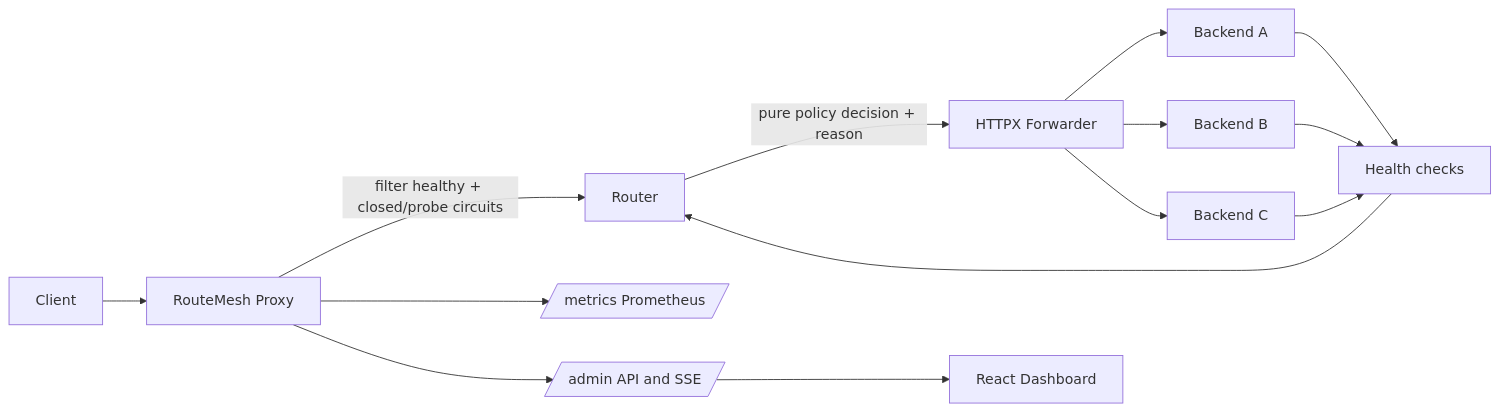
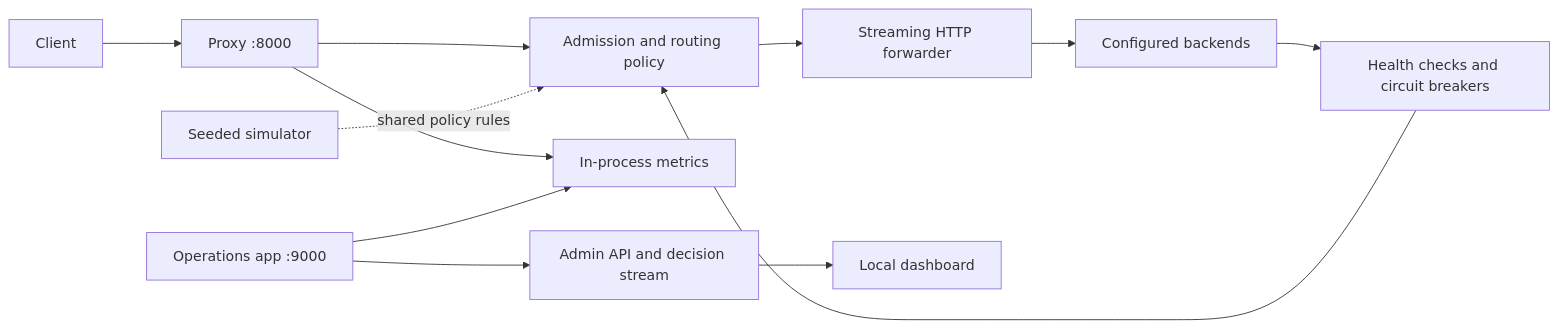
One commit to nihalmachhi/RouteMesh changed the diagram in README.md. Above: the diagram before and after it, drawn with Mermaid. The commit also changed other lines of this file and 91 other files, not shown here.

Commit message:
feat: complete RouteMesh project upgrade

````diff
--- a/README.md
+++ b/README.md
@@ -37,16 +47,14 @@
 ```mermaid
 flowchart LR
-    C[Client] --> P[RouteMesh Proxy]
-    P -->|filter healthy + closed/probe circuits| R[Router]
-    R -->|pure policy decision + reason| F[HTTPX Forwarder]
-    F --> A[Backend A]
-    F --> B[Backend B]
-    F --> D[Backend C]
-    A --> H[Health checks]
-    B --> H
-    D --> H
-    P --> M[/metrics Prometheus/]
-    P --> X[/admin API and SSE/]
-    X --> UI[React Dashboard]
-    H --> R
+    C[Client] --> P[Proxy :8000]
+    P --> A[Admission and routing policy]
+    A --> F[Streaming HTTP forwarder]
+    F --> B[Configured backends]
+    B --> H[Health checks and circuit breakers]
+    H --> A
+    P --> M[In-process metrics]
+    O[Operations app :9000] --> M
+    O --> R[Admin API and decision stream]
+    R --> UI[Local dashboard]
+    S[Seeded simulator] -. shared policy rules .-> A
 ```
````
